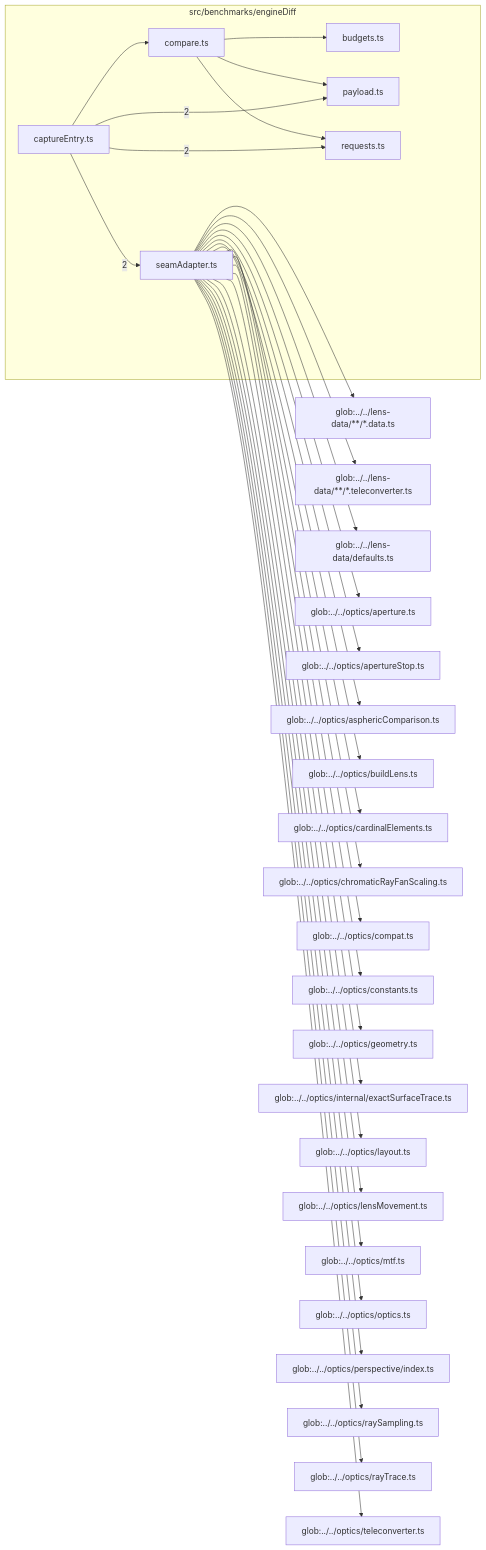
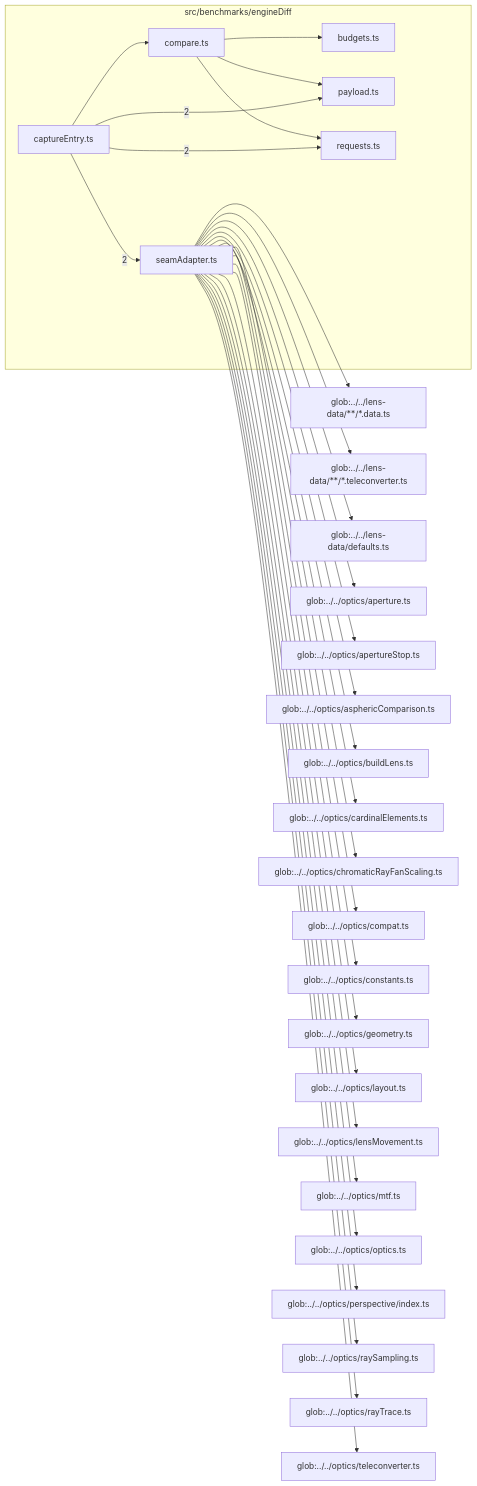
Before and after one commit to ronbuening/LensVisualizer: the diagram in src/benchmarks/engineDiff/readme.md, drawn with Mermaid. The commit also changed other lines of this file and 7 other files, not shown here.

````diff
--- a/src/benchmarks/engineDiff/readme.md
+++ b/src/benchmarks/engineDiff/readme.md
@@ -9,60 +9,58 @@
 ```mermaid
 flowchart LR
   subgraph n_src_benchmarks_engineDiff["src/benchmarks/engineDiff"]
     n_src_benchmarks_engineDiff_src_benchmarks_engineDiff_budgets_ts["budgets.ts"]
     n_src_benchmarks_engineDiff_src_benchmarks_engineDiff_captureEntry_ts["captureEntry.ts"]
     n_src_benchmarks_engineDiff_src_benchmarks_engineDiff_compare_ts["compare.ts"]
     n_src_benchmarks_engineDiff_src_benchmarks_engineDiff_payload_ts["payload.ts"]
     n_src_benchmarks_engineDiff_src_benchmarks_engineDiff_requests_ts["requests.ts"]
     n_src_benchmarks_engineDiff_src_benchmarks_engineDiff_seamAdapter_ts["seamAdapter.ts"]
   end
   n_external_glob_______lens_data______data_ts["glob:../../lens-data/**/*.data.ts"]
   n_external_glob_______lens_data______teleconverter_ts["glob:../../lens-data/**/*.teleconverter.ts"]
   n_external_glob_______lens_data_defaults_ts["glob:../../lens-data/defaults.ts"]
   n_external_glob_______optics_aperture_ts["glob:../../optics/aperture.ts"]
   n_external_glob_______optics_apertureStop_ts["glob:../../optics/apertureStop.ts"]
   n_external_glob_______optics_asphericComparison_ts["glob:../../optics/asphericComparison.ts"]
   n_external_glob_______optics_buildLens_ts["glob:../../optics/buildLens.ts"]
   n_external_glob_______optics_cardinalElements_ts["glob:../../optics/cardinalElements.ts"]
   n_external_glob_______optics_chromaticRayFanScaling_ts["glob:../../optics/chromaticRayFanScaling.ts"]
   n_external_glob_______optics_compat_ts["glob:../../optics/compat.ts"]
   n_external_glob_______optics_constants_ts["glob:../../optics/constants.ts"]
   n_external_glob_______optics_geometry_ts["glob:../../optics/geometry.ts"]
-  n_external_glob_______optics_internal_exactSurfaceTrace_ts["glob:../../optics/internal/exactSurfaceTrace.ts"]
   n_external_glob_______optics_layout_ts["glob:../../optics/layout.ts"]
   n_external_glob_______optics_lensMovement_ts["glob:../../optics/lensMovement.ts"]
   n_external_glob_______optics_mtf_ts["glob:../../optics/mtf.ts"]
   n_external_glob_______optics_optics_ts["glob:../../optics/optics.ts"]
   n_external_glob_______optics_perspective_index_ts["glob:../../optics/perspective/index.ts"]
   n_external_glob_______optics_raySampling_ts["glob:../../optics/raySampling.ts"]
   n_external_glob_______optics_rayTrace_ts["glob:../../optics/rayTrace.ts"]
   n_external_glob_______optics_teleconverter_ts["glob:../../optics/teleconverter.ts"]
   n_src_benchmarks_engineDiff_src_benchmarks_engineDiff_captureEntry_ts --> |2| n_src_benchmarks_engineDiff_src_benchmarks_engineDiff_payload_ts
   n_src_benchmarks_engineDiff_src_benchmarks_engineDiff_captureEntry_ts --> |2| n_src_benchmarks_engineDiff_src_benchmarks_engineDiff_requests_ts
   n_src_benchmarks_engineDiff_src_benchmarks_engineDiff_captureEntry_ts --> |2| n_src_benchmarks_engineDiff_src_benchmarks_engineDiff_seamAdapter_ts
   n_src_benchmarks_engineDiff_src_benchmarks_engineDiff_seamAdapter_ts --> n_external_glob_______lens_data______data_ts
   n_src_benchmarks_engineDiff_src_benchmarks_engineDiff_seamAdapter_ts --> n_external_glob_______lens_data______teleconverter_ts
   n_src_benchmarks_engineDiff_src_benchmarks_engineDiff_seamAdapter_ts --> n_external_glob_______lens_data_defaults_ts
   n_src_benchmarks_engineDiff_src_benchmarks_engineDiff_seamAdapter_ts --> n_external_glob_______optics_aperture_ts
   n_src_benchmarks_engineDiff_src_benchmarks_engineDiff_seamAdapter_ts --> n_external_glob_______optics_apertureStop_ts
   n_src_benchmarks_engineDiff_src_benchmarks_engineDiff_seamAdapter_ts --> n_external_glob_______optics_asphericComparison_ts
   n_src_benchmarks_engineDiff_src_benchmarks_engineDiff_seamAdapter_ts --> n_external_glob_______optics_buildLens_ts
   n_src_benchmarks_engineDiff_src_benchmarks_engineDiff_seamAdapter_ts --> n_external_glob_______optics_cardinalElements_ts
   n_src_benchmarks_engineDiff_src_benchmarks_engineDiff_seamAdapter_ts --> n_external_glob_______optics_chromaticRayFanScaling_ts
   n_src_benchmarks_engineDiff_src_benchmarks_engineDiff_seamAdapter_ts --> n_external_glob_______optics_compat_ts
   n_src_benchmarks_engineDiff_src_benchmarks_engineDiff_seamAdapter_ts --> n_external_glob_______optics_constants_ts
   n_src_benchmarks_engineDiff_src_benchmarks_engineDiff_seamAdapter_ts --> n_external_glob_______optics_geometry_ts
-  n_src_benchmarks_engineDiff_src_benchmarks_engineDiff_seamAdapter_ts --> n_external_glob_______optics_internal_exactSurfaceTrace_ts
   n_src_benchmarks_engineDiff_src_benchmarks_engineDiff_seamAdapter_ts --> n_external_glob_______optics_layout_ts
   n_src_benchmarks_engineDiff_src_benchmarks_engineDiff_seamAdapter_ts --> n_external_glob_______optics_lensMovement_ts
   n_src_benchmarks_engineDiff_src_benchmarks_engineDiff_seamAdapter_ts --> n_external_glob_______optics_mtf_ts
   n_src_benchmarks_engineDiff_src_benchmarks_engineDiff_seamAdapter_ts --> n_external_glob_______optics_optics_ts
   n_src_benchmarks_engineDiff_src_benchmarks_engineDiff_seamAdapter_ts --> n_external_glob_______optics_perspective_index_ts
   n_src_benchmarks_engineDiff_src_benchmarks_engineDiff_seamAdapter_ts --> n_external_glob_______optics_raySampling_ts
   n_src_benchmarks_engineDiff_src_benchmarks_engineDiff_seamAdapter_ts --> n_external_glob_______optics_rayTrace_ts
   n_src_benchmarks_engineDiff_src_benchmarks_engineDiff_seamAdapter_ts --> n_external_glob_______optics_teleconverter_ts
   n_src_benchmarks_engineDiff_src_benchmarks_engineDiff_compare_ts --> n_src_benchmarks_engineDiff_src_benchmarks_engineDiff_budgets_ts
   n_src_benchmarks_engineDiff_src_benchmarks_engineDiff_captureEntry_ts --> n_src_benchmarks_engineDiff_src_benchmarks_engineDiff_compare_ts
   n_src_benchmarks_engineDiff_src_benchmarks_engineDiff_compare_ts --> n_src_benchmarks_engineDiff_src_benchmarks_engineDiff_payload_ts
   n_src_benchmarks_engineDiff_src_benchmarks_engineDiff_compare_ts --> n_src_benchmarks_engineDiff_src_benchmarks_engineDiff_requests_ts
 ```
````
